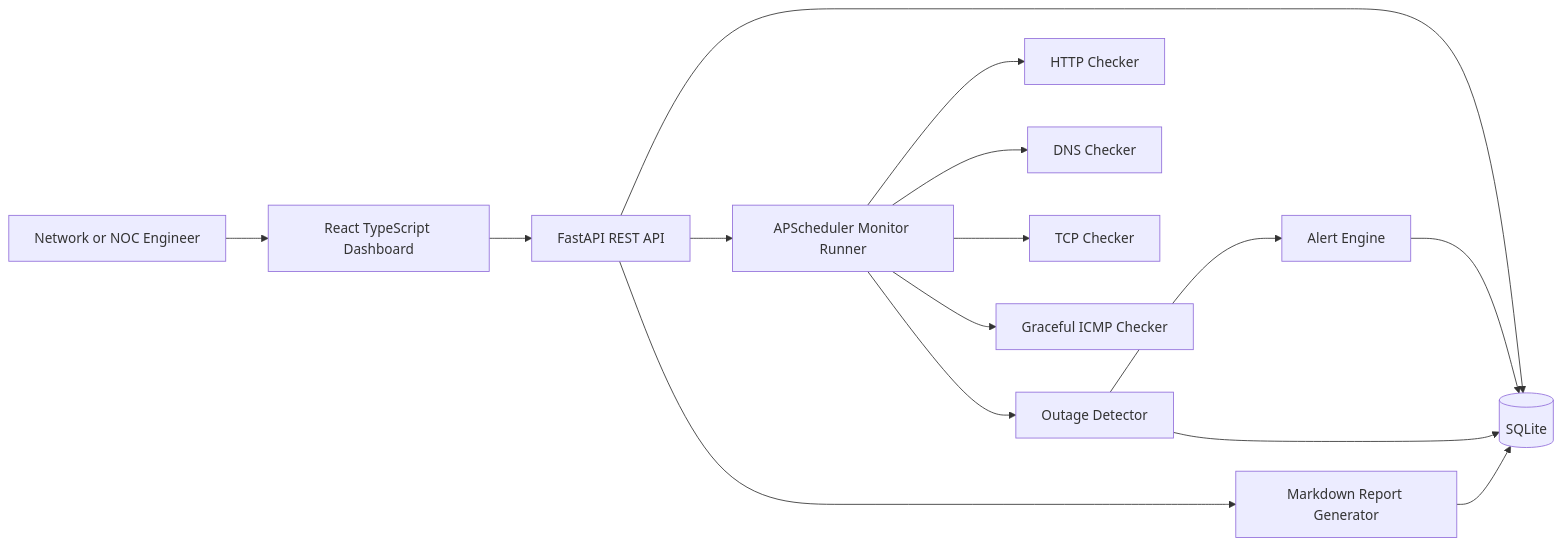
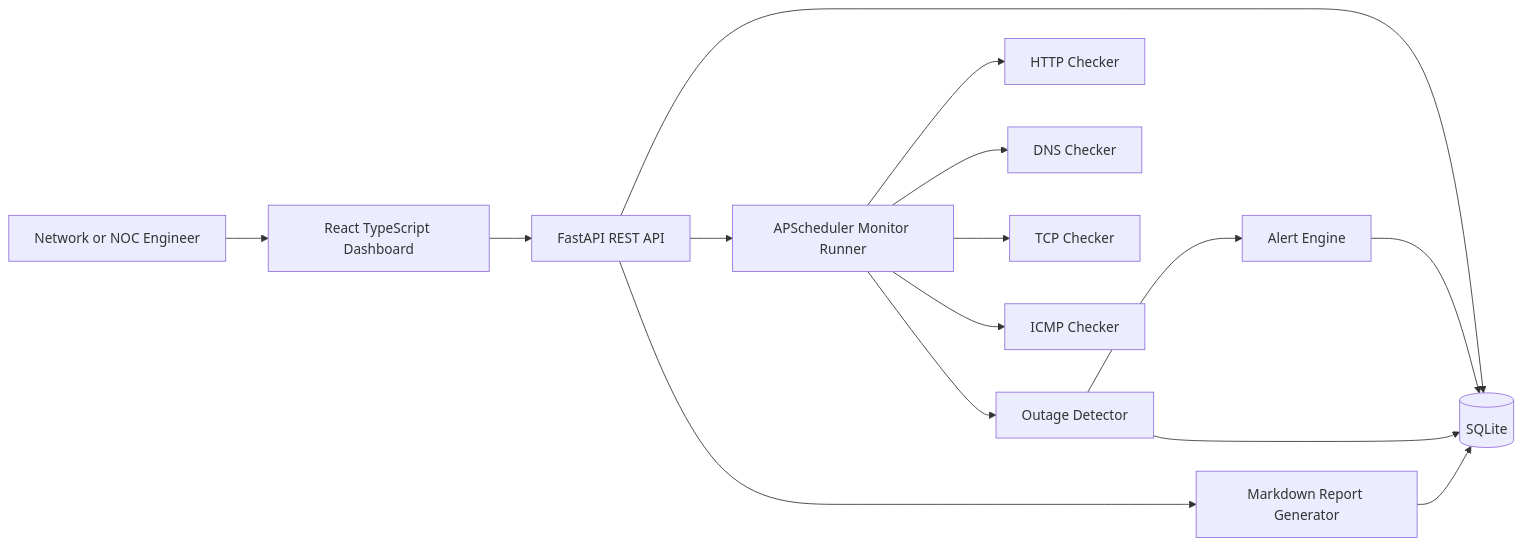
The diagram in README.md (shubodaya/InfraPulse), drawn with Mermaid before and after one commit. The commit also changed other lines of this file, not shown here.

````diff
--- a/README.md
+++ b/README.md
@@ -33,17 +150,17 @@
 ```mermaid
 flowchart LR
-  User[Network or NOC Engineer] --> UI[React TypeScript Dashboard]
-  UI --> API[FastAPI REST API]
-  API --> DB[(SQLite)]
-  API --> Scheduler[APScheduler Monitor Runner]
-  Scheduler --> HTTP[HTTP Checker]
-  Scheduler --> DNS[DNS Checker]
-  Scheduler --> TCP[TCP Checker]
-  Scheduler --> ICMP[Graceful ICMP Checker]
-  Scheduler --> Outage[Outage Detector]
-  Outage --> Alerts[Alert Engine]
-  API --> Reports[Markdown Report Generator]
-  Alerts --> DB
-  Outage --> DB
-  Reports --> DB
+    User[Network or NOC Engineer] --> UI[React TypeScript Dashboard]
+    UI --> API[FastAPI REST API]
+    API --> DB[(SQLite)]
+    API --> Scheduler[APScheduler Monitor Runner]
+    Scheduler --> HTTP[HTTP Checker]
+    Scheduler --> DNS[DNS Checker]
+    Scheduler --> TCP[TCP Checker]
+    Scheduler --> ICMP[ICMP Checker]
+    Scheduler --> Outage[Outage Detector]
+    Outage --> Alerts[Alert Engine]
+    API --> Reports[Markdown Report Generator]
+    Alerts --> DB
+    Outage --> DB
+    Reports --> DB
 ```
````
